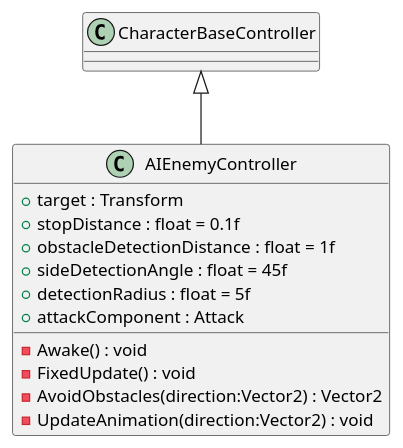
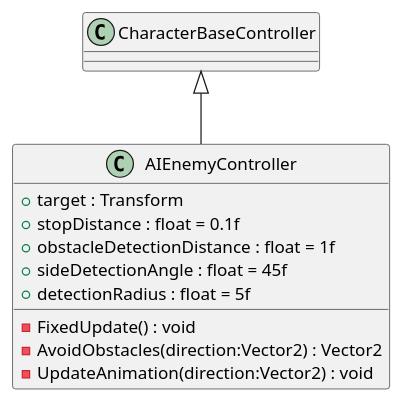
The diagram in uml/Characters/AIEnemyController.puml (breftejk/Enigmaze), drawn with PlantUML before and after one commit. The commit also changed 87 other files, not shown here.

```diff
--- a/uml/Characters/AIEnemyController.puml
+++ b/uml/Characters/AIEnemyController.puml
@@ -1,15 +1,13 @@
 @startuml
 class AIEnemyController {
     + target : Transform
     + stopDistance : float = 0.1f
     + obstacleDetectionDistance : float = 1f
     + sideDetectionAngle : float = 45f
     + detectionRadius : float = 5f
-    + attackComponent : Attack
-    - Awake() : void
     - FixedUpdate() : void
     - AvoidObstacles(direction:Vector2) : Vector2
     - UpdateAnimation(direction:Vector2) : void
 }
 CharacterBaseController <|-- AIEnemyController
 @enduml
```
